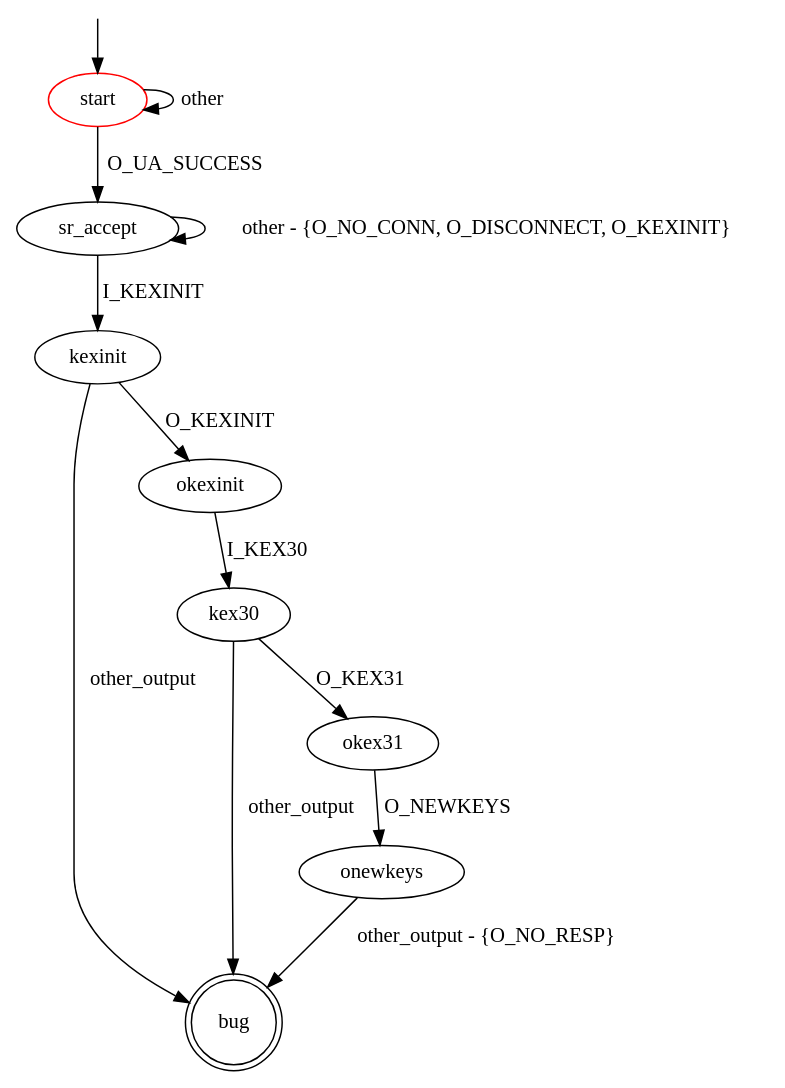
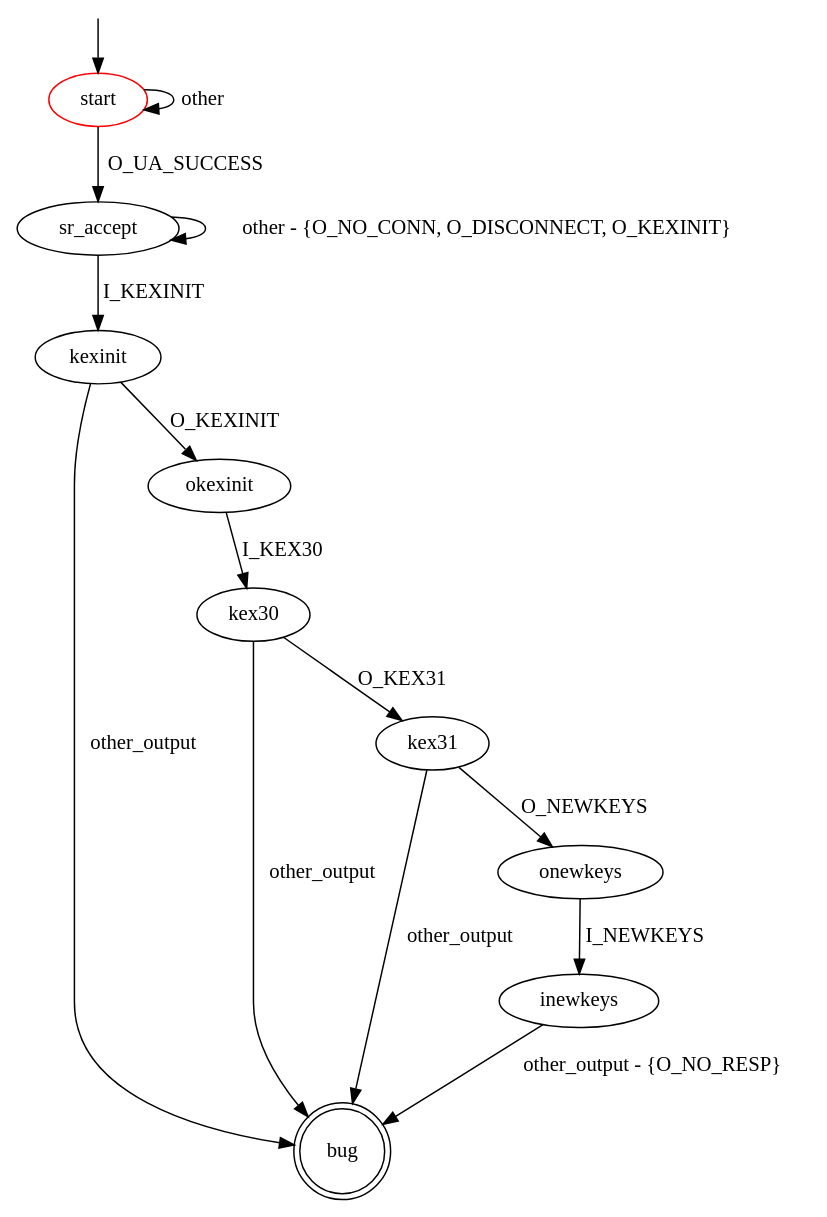
One commit to assist-project/state-machine-bug-finder changed the diagram in src/main/resources/patterns/ssh/rekey_refused_post-authentication.dot. Above: the diagram before and after it, drawn with Graphviz. The commit also changed 72 other files, not shown here.

```diff
--- a/src/main/resources/patterns/ssh/rekey_refused_post-authentication.dot
+++ b/src/main/resources/patterns/ssh/rekey_refused_post-authentication.dot
@@ -1,20 +1,22 @@
 digraph G {
 label=""
 start [color="red"]
 bug [shape="doublecircle"]
 
 start -> sr_accept [label="O_UA_SUCCESS"]
 start -> start [label="other"]
 sr_accept -> kexinit [label="I_KEXINIT"]
 sr_accept -> sr_accept [label="other - {O_NO_CONN, O_DISCONNECT, O_KEXINIT}"]
 kexinit -> okexinit [label="O_KEXINIT"]
 kexinit -> bug [label="other_output"]
 okexinit -> kex30 [label="I_KEX30"]
-kex30 -> okex31 [label="O_KEX31"]
+kex30 -> kex31 [label="O_KEX31"]
 kex30 -> bug [label="other_output"]
-okex31 -> onewkeys [label="O_NEWKEYS"]
-onewkeys -> bug [label="other_output - {O_NO_RESP}"]
+kex31 -> onewkeys [label="O_NEWKEYS"]
+kex31 -> bug [label="other_output"]
+onewkeys -> inewkeys [label="I_NEWKEYS"]
+inewkeys -> bug [label="other_output - {O_NO_RESP}"]
 
 __start0 [label="" shape="none" width="0" height="0"];
 __start0 -> start;
 }
```
